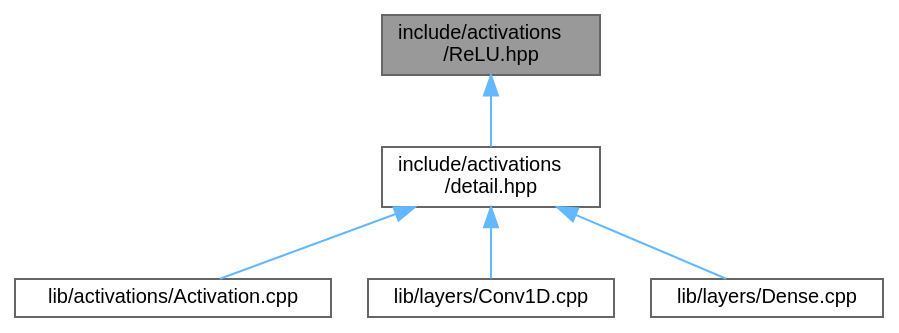
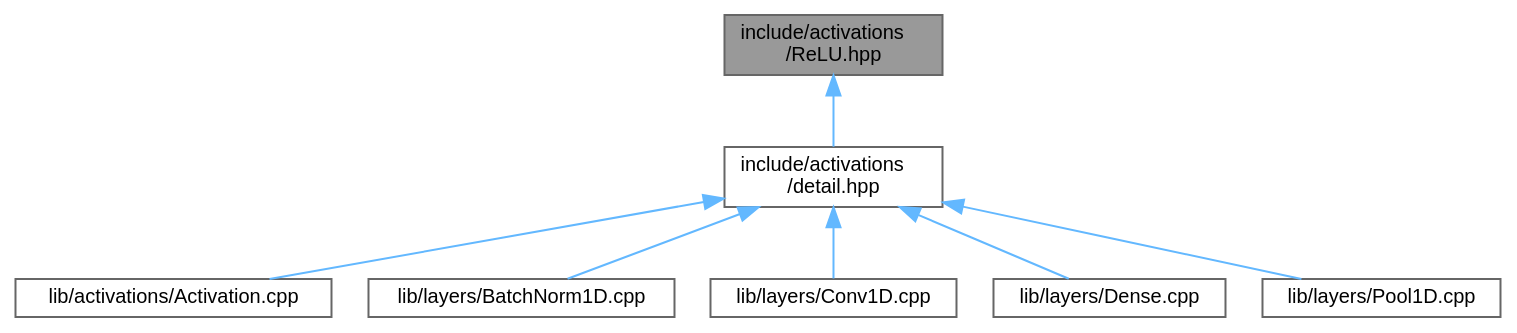
One commit to Nalin-Angrish/FlexNN changed the diagram in ReLU_8hpp__dep__incl.dot. Above: the diagram before and after it, drawn with Graphviz. The commit also changed 201 other files, not shown here.

```diff
--- a/ReLU_8hpp__dep__incl.dot
+++ b/ReLU_8hpp__dep__incl.dot
@@ -1,16 +1,20 @@
 digraph "include/activations/ReLU.hpp"
 {
  // LATEX_PDF_SIZE
   bgcolor="transparent";
   edge [fontname=Helvetica,fontsize=10,labelfontname=Helvetica,labelfontsize=10];
   node [fontname=Helvetica,fontsize=10,shape=box,height=0.2,width=0.4];
   Node1 [id="Node000001",label="include/activations\l/ReLU.hpp",height=0.2,width=0.4,color="gray40", fillcolor="grey60", style="filled", fontcolor="black",tooltip="ReLU activation — max(0, z) forward, (z>0) backward."];
   Node1 -> Node2 [id="edge1_Node000001_Node000002",dir="back",color="steelblue1",style="solid",tooltip=" "];
   Node2 [id="Node000002",label="include/activations\l/detail.hpp",height=0.2,width=0.4,color="grey40", fillcolor="white", style="filled",URL="$detail_8hpp.html",tooltip="Convenience re-export for activation detail headers."];
   Node2 -> Node3 [id="edge2_Node000002_Node000003",dir="back",color="steelblue1",style="solid",tooltip=" "];
   Node3 [id="Node000003",label="lib/activations/Activation.cpp",height=0.2,width=0.4,color="grey40", fillcolor="white", style="filled",URL="$Activation_8cpp.html",tooltip="Implements FlexNN::Activations helpers (to_string, try_parse, dispatch)."];
   Node2 -> Node4 [id="edge3_Node000002_Node000004",dir="back",color="steelblue1",style="solid",tooltip=" "];
-  Node4 [id="Node000004",label="lib/layers/Conv1D.cpp",height=0.2,width=0.4,color="grey40", fillcolor="white", style="filled",URL="$Conv1D_8cpp.html",tooltip="Implements FlexNN::Layers::Conv1D forward/backward/propagate."];
+  Node4 [id="Node000004",label="lib/layers/BatchNorm1D.cpp",height=0.2,width=0.4,color="grey40", fillcolor="white", style="filled",URL="$BatchNorm1D_8cpp.html",tooltip="Implements FlexNN::Layers::BatchNorm1D forward/backward."];
   Node2 -> Node5 [id="edge4_Node000002_Node000005",dir="back",color="steelblue1",style="solid",tooltip=" "];
-  Node5 [id="Node000005",label="lib/layers/Dense.cpp",height=0.2,width=0.4,color="grey40", fillcolor="white", style="filled",URL="$Dense_8cpp.html",tooltip="Implements FlexNN::Layers::Dense forward/backward/update."];
+  Node5 [id="Node000005",label="lib/layers/Conv1D.cpp",height=0.2,width=0.4,color="grey40", fillcolor="white", style="filled",URL="$Conv1D_8cpp.html",tooltip="Implements FlexNN::Layers::Conv1D forward/backward/propagate."];
+  Node2 -> Node6 [id="edge5_Node000002_Node000006",dir="back",color="steelblue1",style="solid",tooltip=" "];
+  Node6 [id="Node000006",label="lib/layers/Dense.cpp",height=0.2,width=0.4,color="grey40", fillcolor="white", style="filled",URL="$Dense_8cpp.html",tooltip="Implements FlexNN::Layers::Dense forward/backward/update."];
+  Node2 -> Node7 [id="edge6_Node000002_Node000007",dir="back",color="steelblue1",style="solid",tooltip=" "];
+  Node7 [id="Node000007",label="lib/layers/Pool1D.cpp",height=0.2,width=0.4,color="grey40", fillcolor="white", style="filled",URL="$Pool1D_8cpp.html",tooltip="Implements MaxPool1D and AvgPool1D forward/backward."];
 }
```
